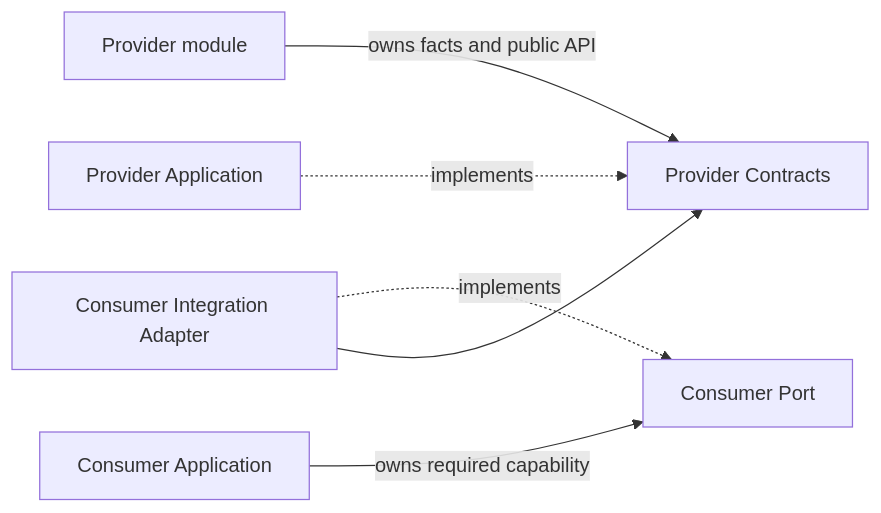
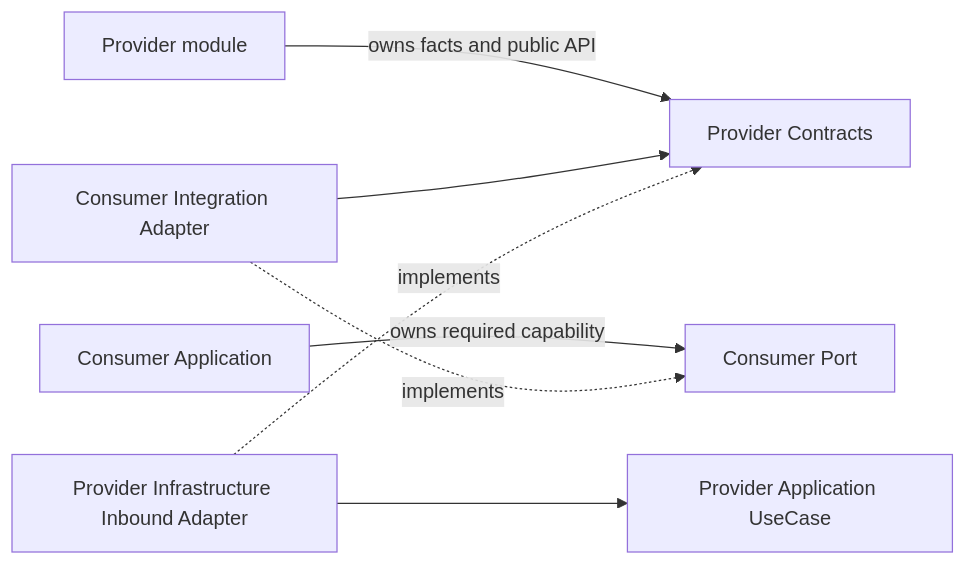
The second of 2 diagrams in docs/architecture/review/diagrams/03-target-contracts-adapters-events-architecture.md (von12549/IFX), drawn with Mermaid before and after one commit. The commit also changed other lines of this file and 163 other files, not shown here.

````diff
--- a/docs/architecture/review/diagrams/03-target-contracts-adapters-events-architecture.md
+++ b/docs/architecture/review/diagrams/03-target-contracts-adapters-events-architecture.md
@@ -90,8 +89,9 @@
 ```mermaid
 flowchart LR
     Provider[Provider module] -->|owns facts and public API| ProviderContracts[Provider Contracts]
     Consumer[Consumer Application] -->|owns required capability| ConsumerPort[Consumer Port]
     Adapter[Consumer Integration Adapter] -. implements .-> ConsumerPort
     Adapter --> ProviderContracts
-    ProviderApp[Provider Application] -. implements .-> ProviderContracts
+    ProviderInbound[Provider Infrastructure Inbound Adapter] -. implements .-> ProviderContracts
+    ProviderInbound --> ProviderApp[Provider Application UseCase]
 ```
````
